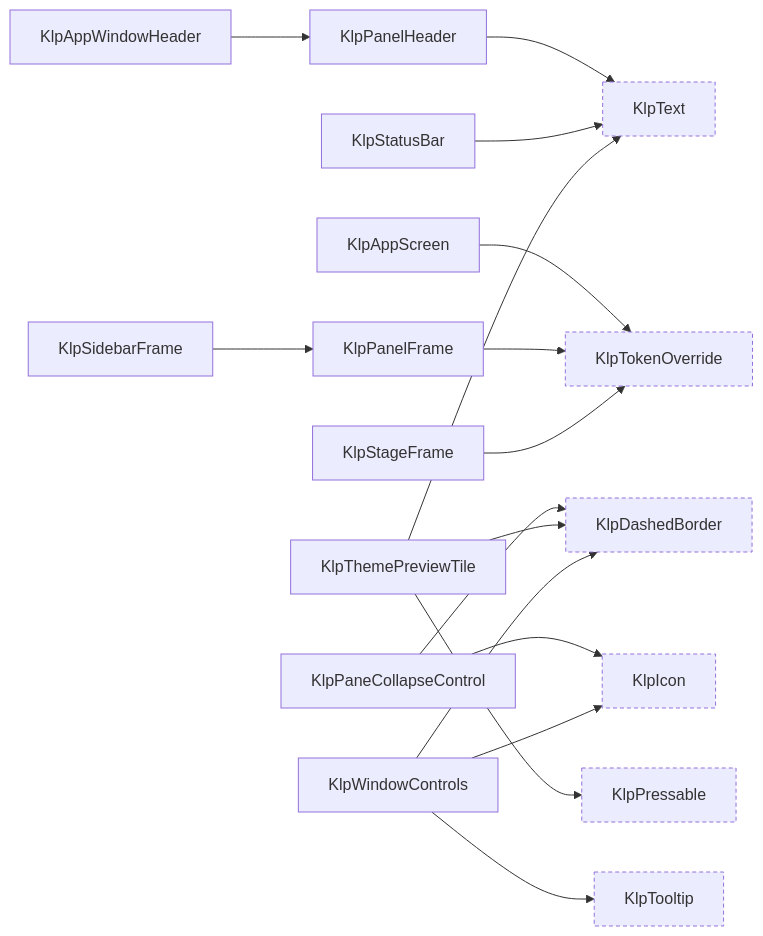
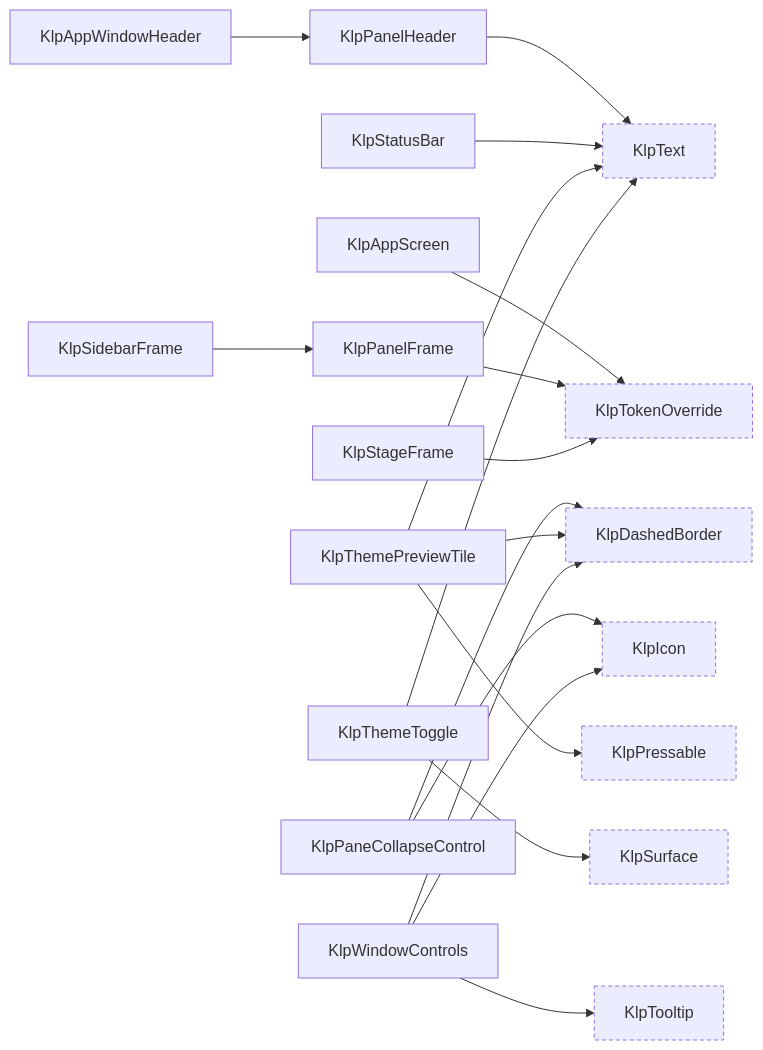
Before and after one commit to MiuDog/Kallopis: diagram 15 of 16 in spec/component-inventory.md, drawn with Mermaid. The commit also changed other lines of this file and 12 other files, not shown here.

````diff
--- a/spec/component-inventory.md
+++ b/spec/component-inventory.md
@@ -982,35 +957,39 @@
 ```mermaid
 graph LR
   KlpAppScreen["KlpAppScreen"]
   KlpAppWindowHeader["KlpAppWindowHeader"]
   KlpDashedBorder["KlpDashedBorder"]:::external
   KlpIcon["KlpIcon"]:::external
   KlpPaneCollapseControl["KlpPaneCollapseControl"]
   KlpPanelFrame["KlpPanelFrame"]
   KlpPanelHeader["KlpPanelHeader"]
   KlpPressable["KlpPressable"]:::external
   KlpSidebarFrame["KlpSidebarFrame"]
   KlpStageFrame["KlpStageFrame"]
   KlpStatusBar["KlpStatusBar"]
+  KlpSurface["KlpSurface"]:::external
   KlpText["KlpText"]:::external
   KlpThemePreviewTile["KlpThemePreviewTile"]
+  KlpThemeToggle["KlpThemeToggle"]
   KlpTokenOverride["KlpTokenOverride"]:::external
   KlpTooltip["KlpTooltip"]:::external
   KlpWindowControls["KlpWindowControls"]
   KlpAppScreen --> KlpTokenOverride
   KlpAppWindowHeader --> KlpPanelHeader
   KlpPaneCollapseControl --> KlpDashedBorder
   KlpPaneCollapseControl --> KlpIcon
   KlpPanelFrame --> KlpTokenOverride
   KlpPanelHeader --> KlpText
   KlpSidebarFrame --> KlpPanelFrame
   KlpStageFrame --> KlpTokenOverride
   KlpStatusBar --> KlpText
   KlpThemePreviewTile --> KlpDashedBorder
   KlpThemePreviewTile --> KlpPressable
   KlpThemePreviewTile --> KlpText
+  KlpThemeToggle --> KlpSurface
+  KlpThemeToggle --> KlpText
   KlpWindowControls --> KlpDashedBorder
   KlpWindowControls --> KlpIcon
   KlpWindowControls --> KlpTooltip
   classDef external stroke-dasharray: 4 3;
 ```
````
